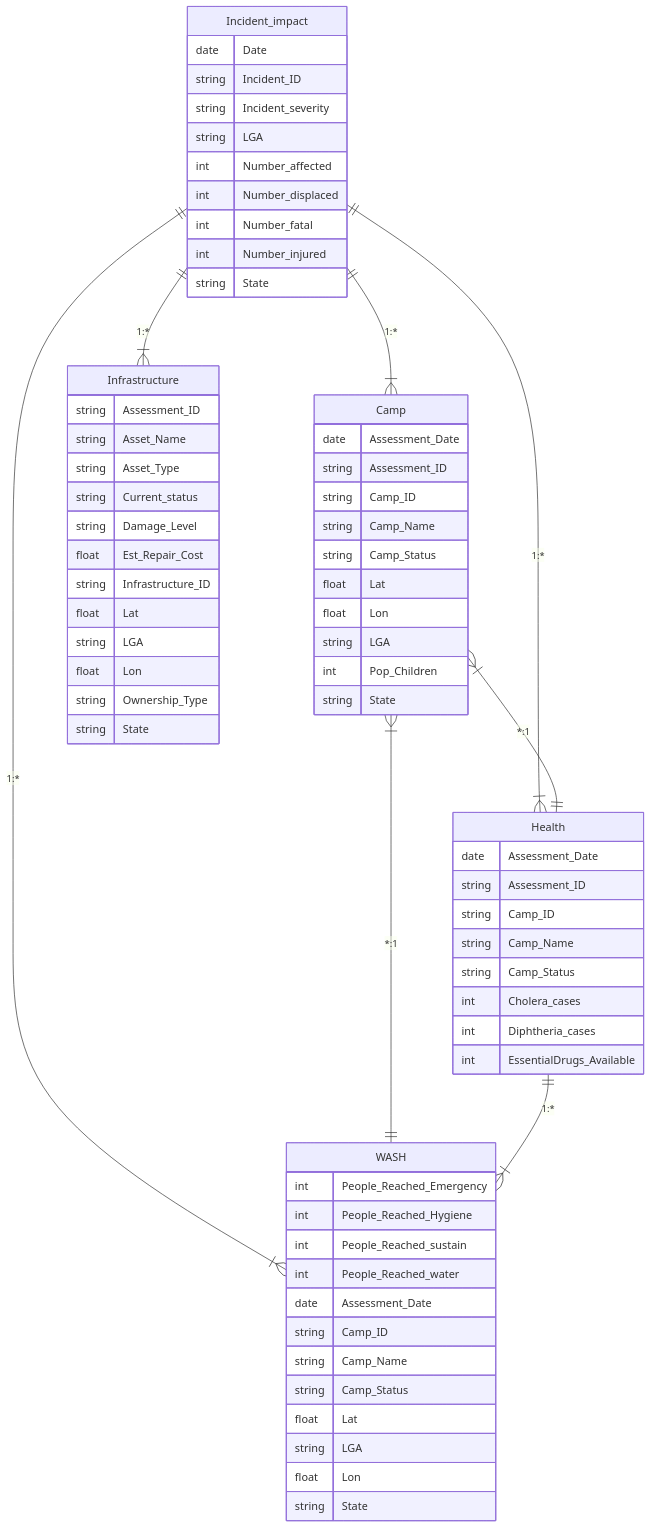
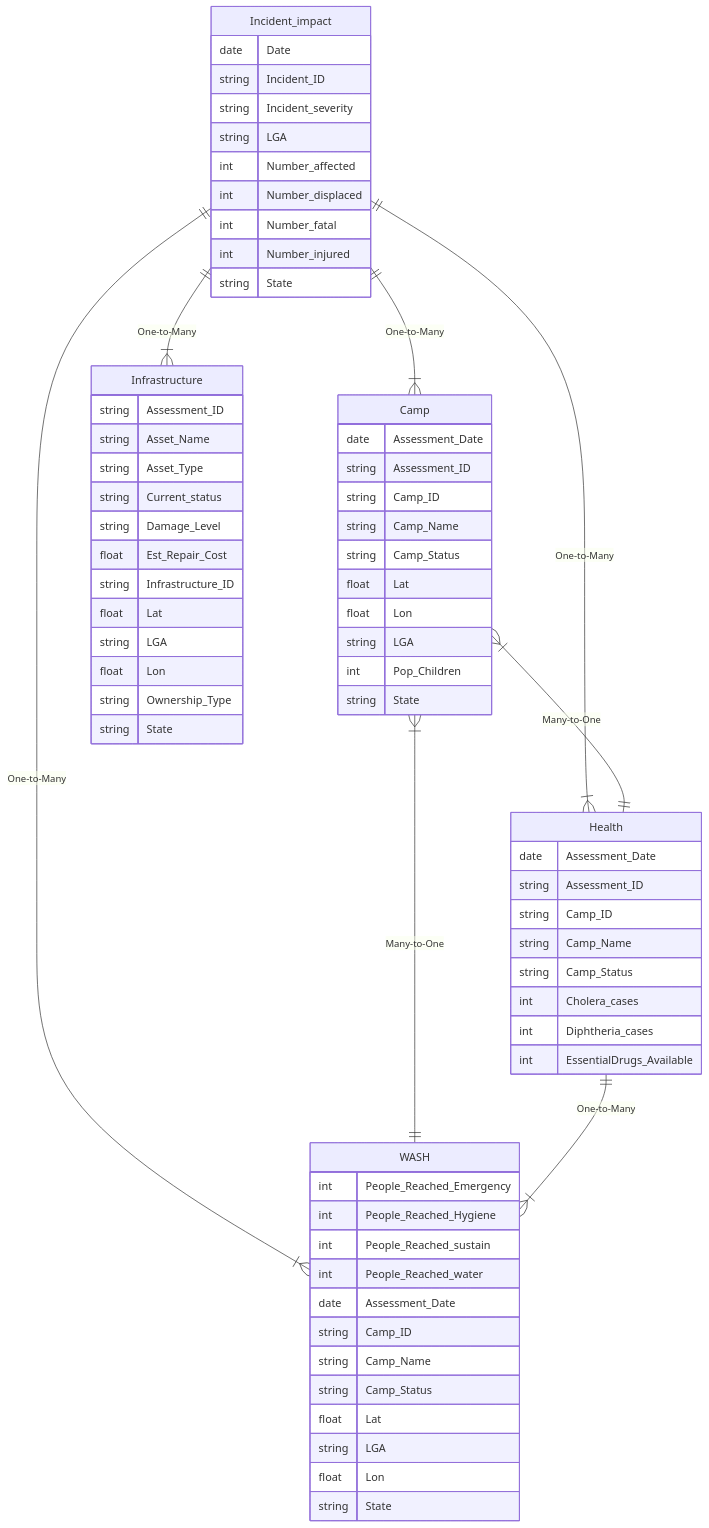
The diagram in Flood Management System - As Is 20250102.markdown (bilzee/Disaster-Management-System), drawn with Mermaid before and after one commit.

Commit message:
Update Flood Management System - As Is 20250102.markdown

````diff
--- a/Flood Management System - As Is 20250102.markdown
+++ b/Flood Management System - As Is 20250102.markdown
@@ -1,78 +1,78 @@
 ```mermaid
 
 erDiagram
     Incident_impact {
         date Date
         string Incident_ID
         string Incident_severity
         string LGA
         int Number_affected
         int Number_displaced
         int Number_fatal
         int Number_injured
         string State
     }
 
     Camp {
         date Assessment_Date
         string Assessment_ID
         string Camp_ID
         string Camp_Name
         string Camp_Status
         float Lat
         float Lon
         string LGA
         int Pop_Children
         string State
     }
 
     Health {
         date Assessment_Date
         string Assessment_ID
         string Camp_ID
         string Camp_Name
         string Camp_Status
         int Cholera_cases
         int Diphtheria_cases
         int EssentialDrugs_Available
     }
 
     WASH {
         int People_Reached_Emergency
         int People_Reached_Hygiene
         int People_Reached_sustain
         int People_Reached_water
         date Assessment_Date
         string Camp_ID
         string Camp_Name
         string Camp_Status
         float Lat
         string LGA
         float Lon
         string State
     }
 
     Infrastructure {
         string Assessment_ID
         string Asset_Name
         string Asset_Type
         string Current_status
         string Damage_Level
         float Est_Repair_Cost
         string Infrastructure_ID
         float Lat
         string LGA
         float Lon
         string Ownership_Type
         string State
     }
 
-    Incident_impact ||--|{ Camp : "1:*"
-    Incident_impact ||--|{ Infrastructure : "1:*"
-    Incident_impact ||--|{ WASH : "1:*"
-    Incident_impact ||--|{ Health : "1:*"
-    Camp }|--|| Health : "*:1"
-    Camp }|--|| WASH : "*:1"
-    Health ||--|{ WASH : "1:*"
+    Incident_impact ||--|{ Camp : "One-to-Many"
+    Incident_impact ||--|{ Infrastructure : "One-to-Many"
+    Incident_impact ||--|{ WASH : "One-to-Many"
+    Incident_impact ||--|{ Health : "One-to-Many"
+    Camp }|--|| Health : "Many-to-One"
+    Camp }|--|| WASH : "Many-to-One"
+    Health ||--|{ WASH : "One-to-Many"
 
 ```
````
